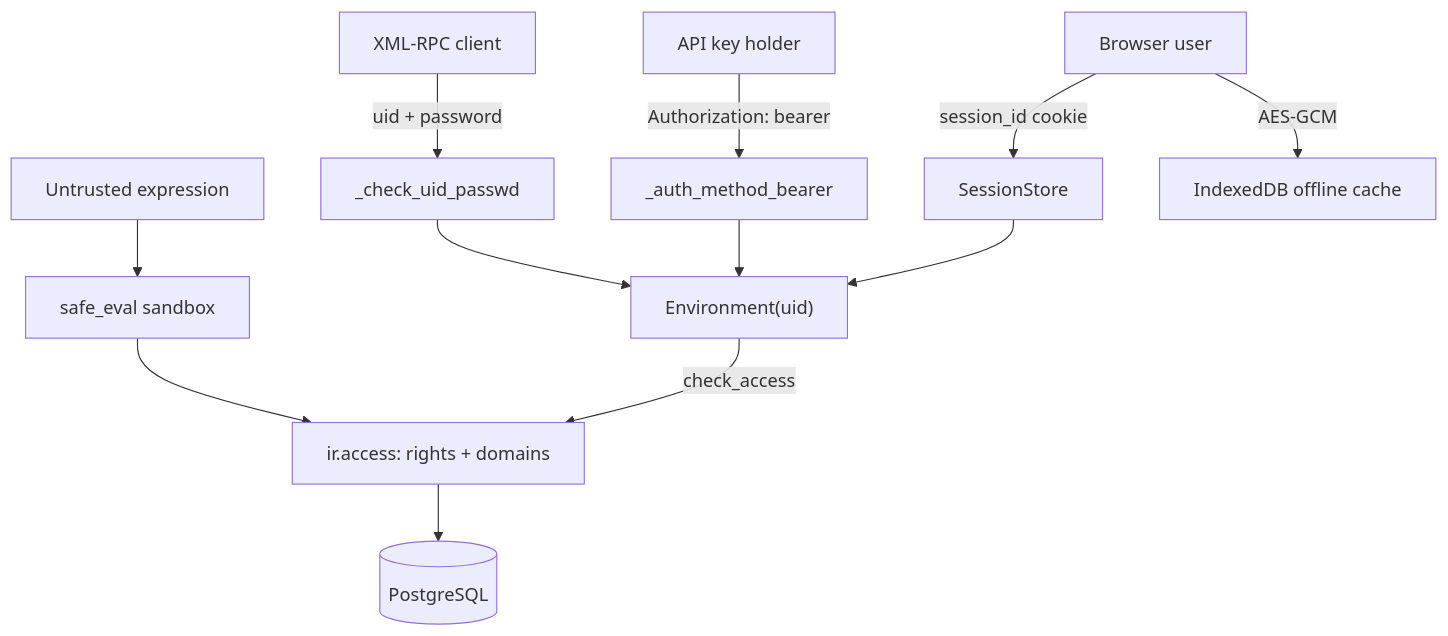
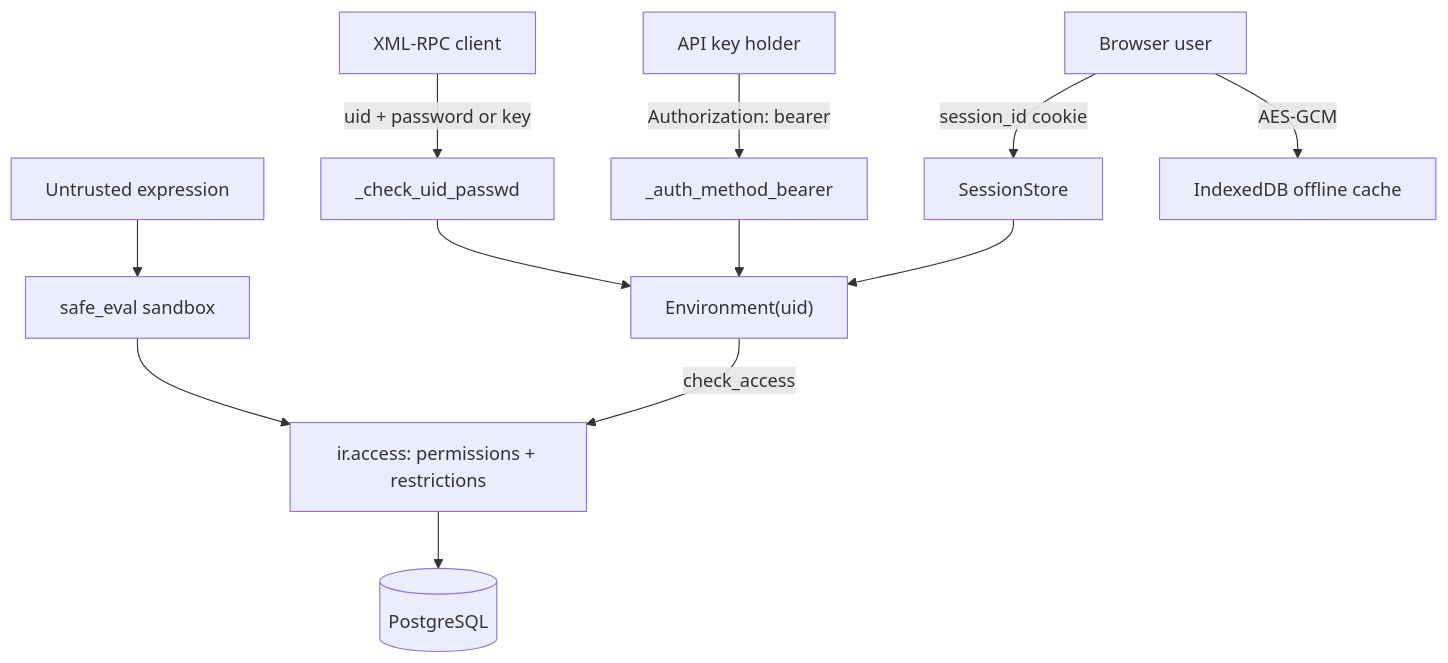
One commit to blitzy-public-samples/odoo changed the diagram in droid-wiki/security.md. Above: the diagram before and after it, drawn with Mermaid. The commit also changed other lines of this file and 78 other files, not shown here.

````diff
--- a/droid-wiki/security.md
+++ b/droid-wiki/security.md
@@ -42,14 +49,14 @@
 ```mermaid
 graph TD
   U["Browser user"] -->|session_id cookie| S["SessionStore"]
   K["API key holder"] -->|Authorization: bearer| B["_auth_method_bearer"]
-  X["XML-RPC client"] -->|uid + password| P["_check_uid_passwd"]
+  X["XML-RPC client"] -->|uid + password or key| P["_check_uid_passwd"]
   S --> A["Environment(uid)"]
   B --> A
   P --> A
-  A -->|check_access| R["ir.access: rights + domains"]
+  A -->|check_access| R["ir.access: permissions + restrictions"]
   R --> D[("PostgreSQL")]
   Q["Untrusted expression"] --> E["safe_eval sandbox"]
   E --> R
   U -->|AES-GCM| C["IndexedDB offline cache"]
 ```
````
